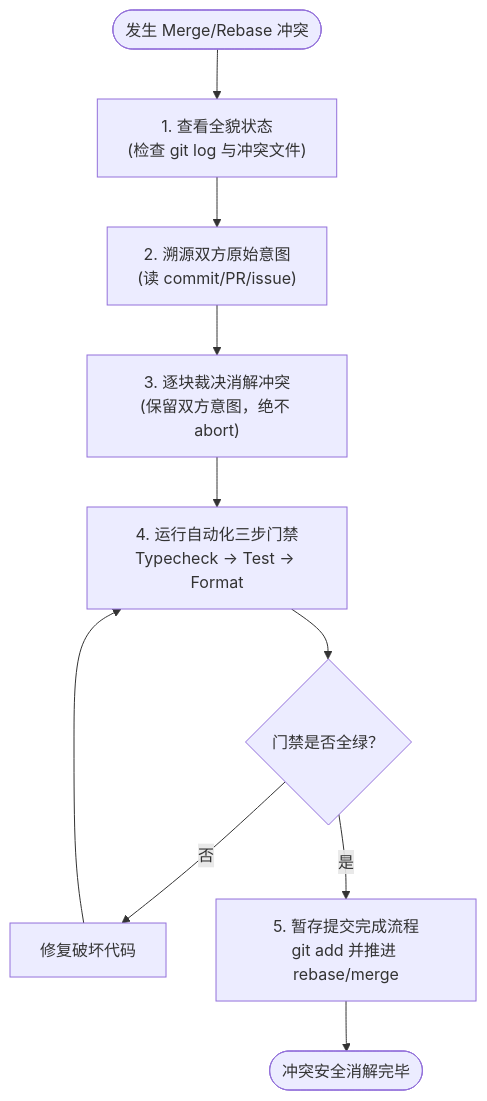
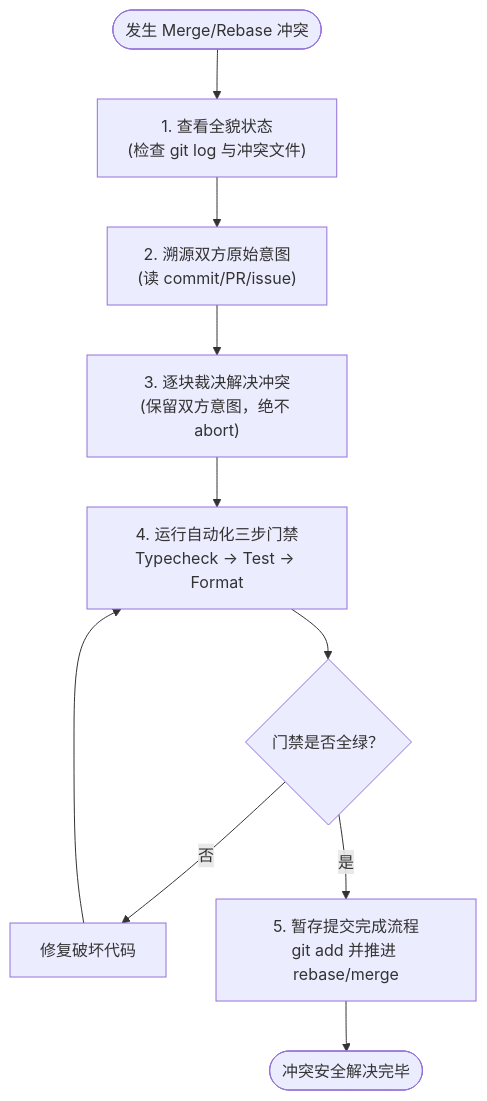
The diagram in 25-resolving-merge-conflicts.md (eanzhao-os/mattpocock-skills-cn), drawn with Mermaid before and after one commit. The commit also changed other lines of this file and 57 other files, not shown here.

````diff
--- a/25-resolving-merge-conflicts.md
+++ b/25-resolving-merge-conflicts.md
@@ -10,11 +10,11 @@
 ```mermaid
 flowchart TD
     Conflict([发生 Merge/Rebase 冲突]) --> S1["1. 查看全貌状态<br/>(检查 git log 与冲突文件)"]
     S1 --> S2["2. 溯源双方原始意图<br/>(读 commit/PR/issue)"]
-    S2 --> S3["3. 逐块裁决消解冲突<br/>(保留双方意图，绝不 abort)"]
+    S2 --> S3["3. 逐块裁决解决冲突<br/>(保留双方意图，绝不 abort)"]
     S3 --> S4["4. 运行自动化三步门禁<br/>Typecheck -> Test -> Format"]
     S4 --> Check{"门禁是否全绿？"}
     Check -->|否| Fix["修复破坏代码"] --> S4
     Check -->|是| S5["5. 暂存提交完成流程<br/>git add 并推进 rebase/merge"]
-    S5 --> Done([冲突安全消解完毕])
+    S5 --> Done([冲突安全解决完毕])
 ```
````
